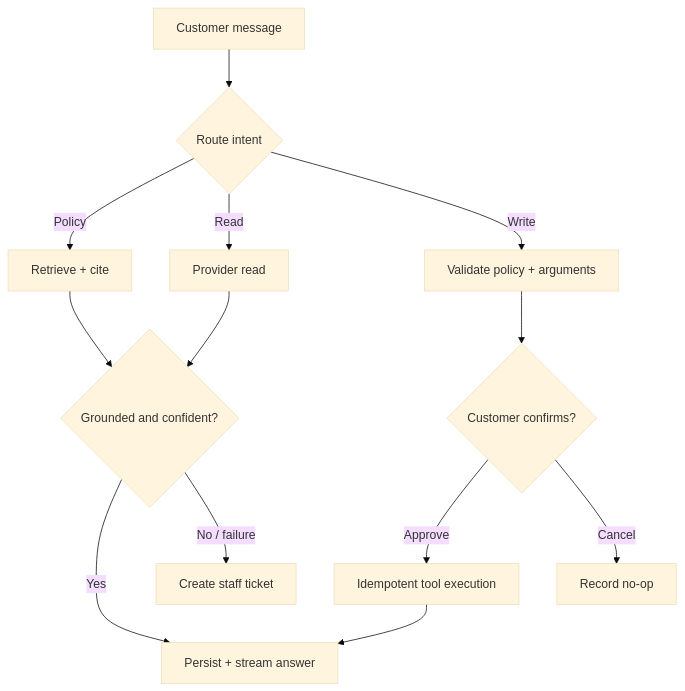
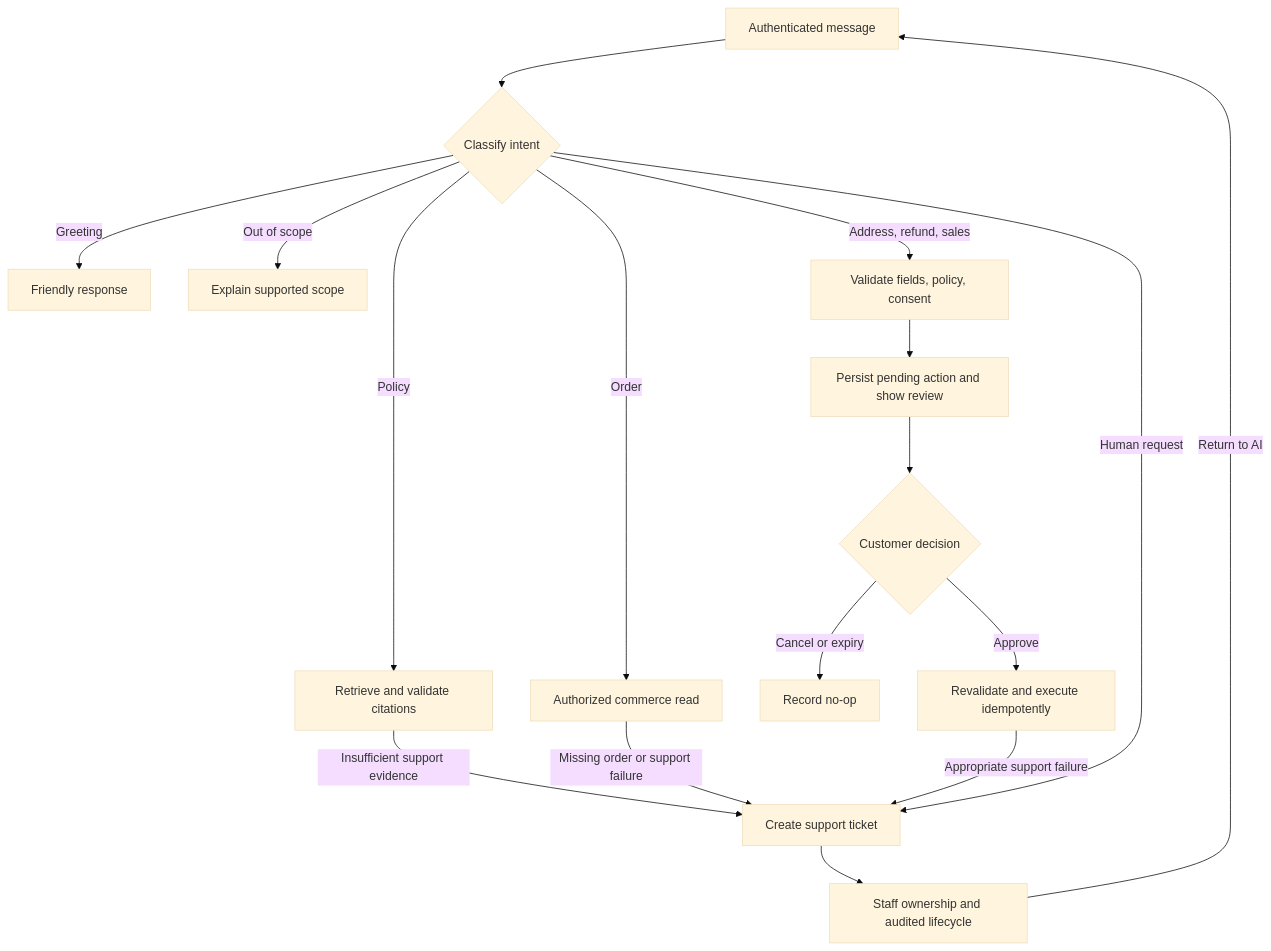
Before and after one commit to medalieli/ai-customer-support-agent: the second of 2 diagrams in README.md, drawn with Mermaid (base theme). The commit also changed other lines of this file and 71 other files, not shown here.

````diff
--- a/README.md
+++ b/README.md
@@ -58,15 +67,19 @@
 ```mermaid
 flowchart TD
-  Message[Customer message] --> Route{Route intent}
-  Route -->|Policy| RAG[Retrieve + cite]
-  Route -->|Read| Read[Provider read]
-  Route -->|Write| Validate[Validate policy + arguments]
-  Validate --> Confirm{Customer confirms?}
-  Confirm -->|Approve| Tool[Idempotent tool execution]
-  Confirm -->|Cancel| Noop[Record no-op]
-  RAG --> Confidence{Grounded and confident?}
-  Read --> Confidence
-  Confidence -->|Yes| Stream[Persist + stream answer]
-  Confidence -->|No / failure| Handoff[Create staff ticket]
-  Tool --> Stream
+  Message[Authenticated message] --> Route{Classify intent}
+  Route -->|Greeting| Greeting[Friendly response]
+  Route -->|Out of scope| Scope[Explain supported scope]
+  Route -->|Policy| Retrieve[Retrieve and validate citations]
+  Route -->|Order| Read[Authorized commerce read]
+  Route -->|Address, refund, sales| Validate[Validate fields, policy, consent]
+  Validate --> Review[Persist pending action and show review]
+  Review --> Decision{Customer decision}
+  Decision -->|Cancel or expiry| Noop[Record no-op]
+  Decision -->|Approve| Write[Revalidate and execute idempotently]
+  Route -->|Human request| Ticket[Create support ticket]
+  Retrieve -->|Insufficient support evidence| Ticket
+  Read -->|Missing order or support failure| Ticket
+  Write -->|Appropriate support failure| Ticket
+  Ticket --> Staff[Staff ownership and audited lifecycle]
+  Staff -->|Return to AI| Message
 ```
````
